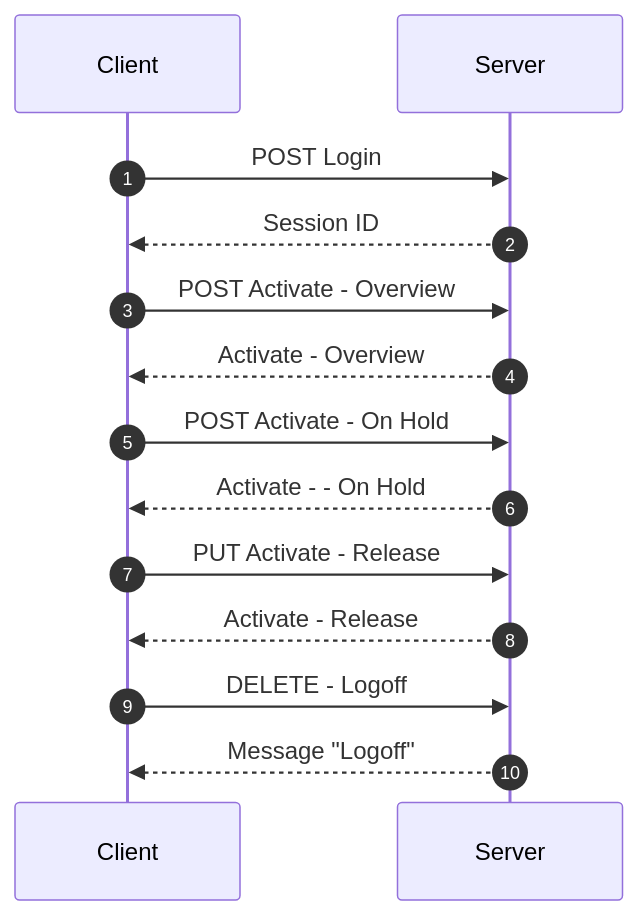
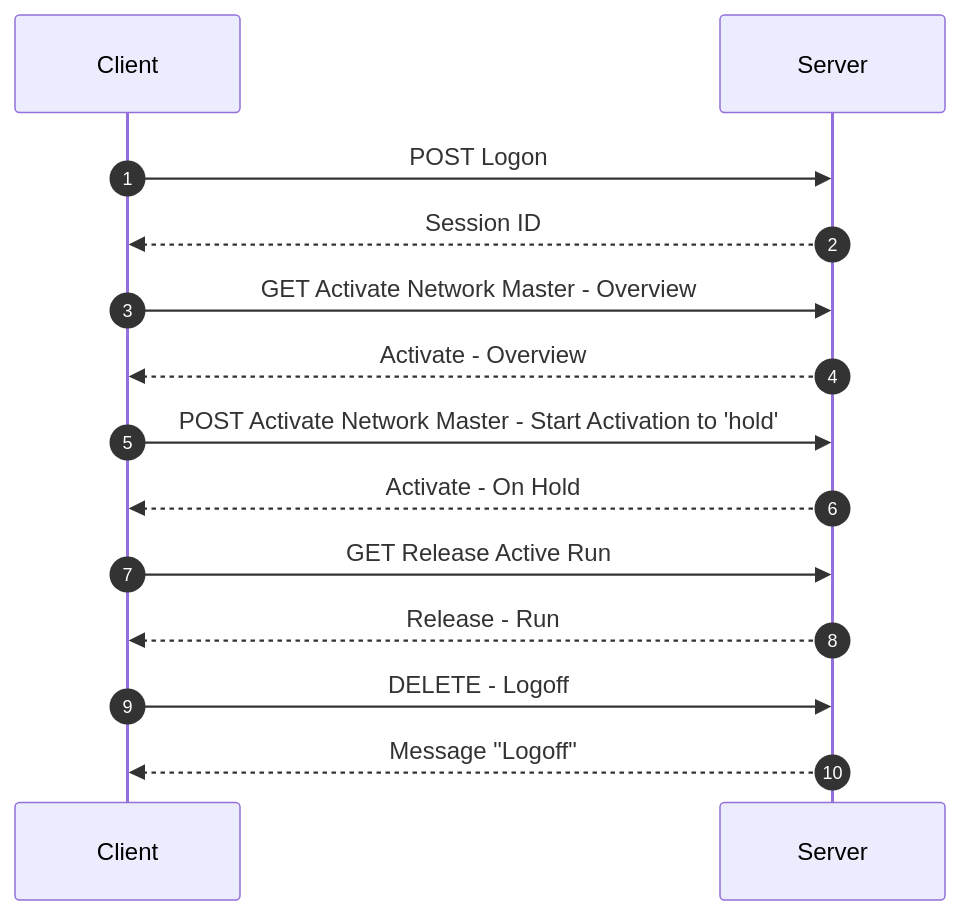
The first of 2 diagrams in README.md (peterleimbach/ESM-Demo-AK-Q4-2025), drawn with Mermaid before and after one commit.

Commit message:
Update README with correct API request methods

````diff
--- a/README.md
+++ b/README.md
@@ -3,17 +3,17 @@
 ```mermaid
 sequenceDiagram
     autonumber
     participant Client
     participant Server
 
-    Client ->> Server: POST Login
+    Client ->> Server: POST Logon
     Server -->> Client: Session ID
-    Client ->> Server: POST Activate - Overview
+    Client ->> Server: GET Activate Network Master - Overview
     Server -->> Client: Activate - Overview
-    Client ->> Server: POST Activate - On Hold
-    Server -->> Client: Activate - - On Hold
-    Client ->> Server: PUT Activate - Release
-    Server -->> Client: Activate - Release
+    Client ->> Server: POST Activate Network Master - Start Activation to 'hold'
+    Server -->> Client: Activate - On Hold
+    Client ->> Server: GET Release Active Run
+    Server -->> Client: Release - Run
     Client ->> Server: DELETE - Logoff
     Server -->> Client: Message "Logoff"
 ```
````
